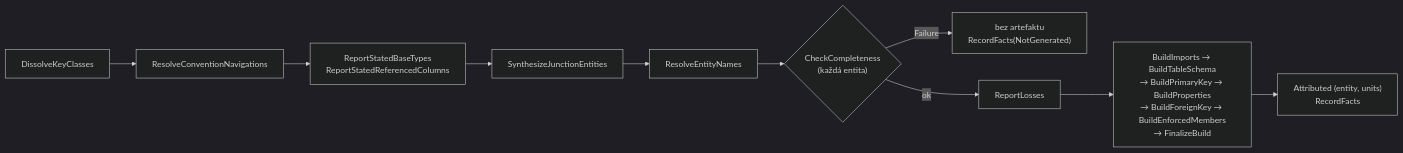
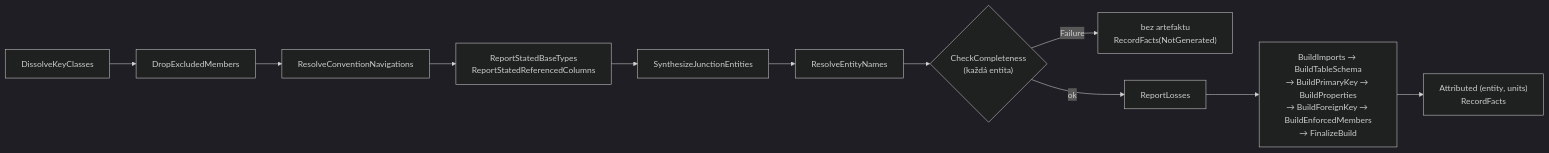
One commit to MiraStochel/orm-convertor changed diagram 18 of 20 in docs/architecture.md. Above: the diagram before and after it, drawn with Mermaid (dark theme). The commit also changed other lines of this file and 24 other files, not shown here.

Commit message:
Drop excluded-construct properties; unmap keyless navigations in EF Core

````diff
--- a/docs/architecture.md
+++ b/docs/architecture.md
@@ -1210,12 +1222,12 @@
 ```mermaid
 flowchart LR
-  A[DissolveKeyClasses] --> B[ResolveConventionNavigations]
+  A[DissolveKeyClasses] --> A2[DropExcludedMembers] --> B[ResolveConventionNavigations]
   B --> C["ReportStatedBaseTypes<br/>ReportStatedReferencedColumns"]
   C --> D[SynthesizeJunctionEntities]
   D --> E[ResolveEntityNames]
   E --> F{"CheckCompleteness<br/>(každá entita)"}
   F -->|Failure| X["bez artefaktu<br/>RecordFacts(NotGenerated)"]
   F -->|ok| G[ReportLosses]
   G --> H["BuildImports → BuildTableSchema<br/>→ BuildPrimaryKey → BuildProperties<br/>→ BuildForeignKey → BuildEnforcedMembers<br/>→ FinalizeBuild"]
   H --> I["Attributed (entity, units)<br/>RecordFacts"]
 ```
````
